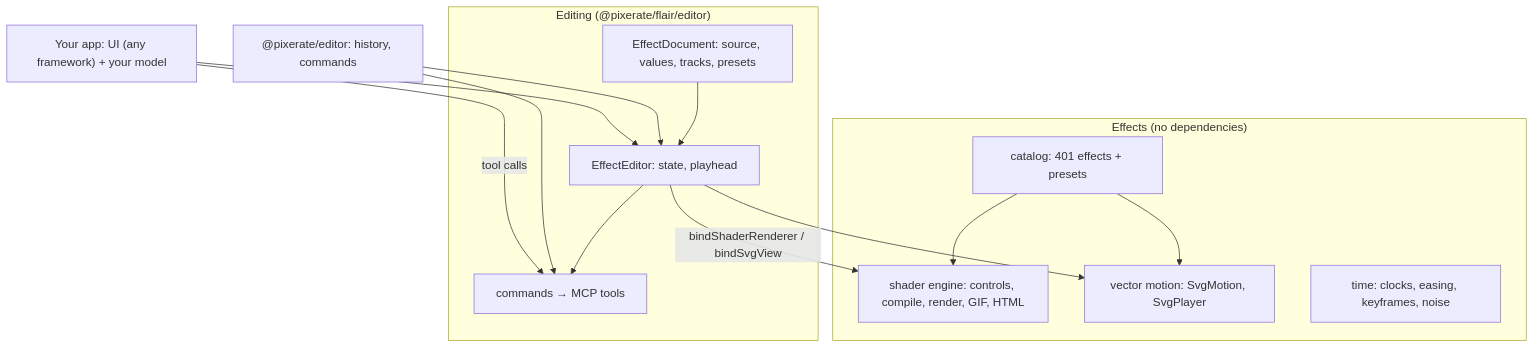
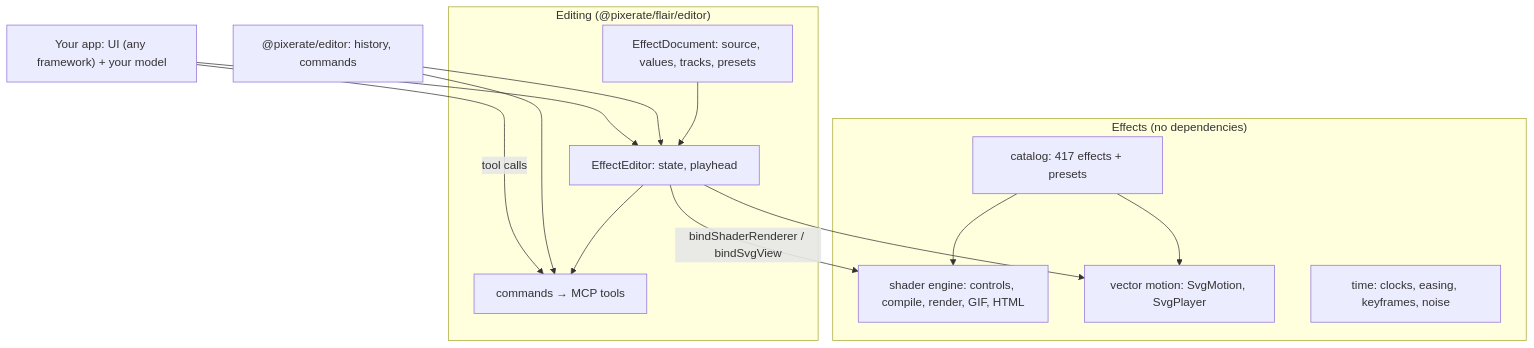
Before and after one commit to Pixerate/flair: the diagram in README.md, drawn with Mermaid. The commit also changed other lines of this file and 11 other files, not shown here.

First line of the commit message:
feat(catalog): add glass and mirror effects (#53)

````diff
--- a/README.md
+++ b/README.md
@@ -64,27 +64,27 @@
 ```mermaid
 graph TD
   subgraph Effects["Effects (no dependencies)"]
-    Catalog["catalog: 401 effects + presets"]
+    Catalog["catalog: 417 effects + presets"]
     Shader["shader engine: controls, compile, render, GIF, HTML"]
     Vector["vector motion: SvgMotion, SvgPlayer"]
     Time["time: clocks, easing, keyframes, noise"]
   end
   subgraph Editing["Editing (@pixerate/flair/editor)"]
     Doc["EffectDocument: source, values, tracks, presets"]
     Editor["EffectEditor: state, playhead"]
     Cmds["commands → MCP tools"]
   end
   PE["@pixerate/editor: history, commands"]
   Host["Your app: UI (any framework) + your model"]
 
   Catalog --> Shader
   Catalog --> Vector
   Doc --> Editor
   Editor --> Cmds
   PE --> Editor
   PE --> Cmds
   Editor -- bindShaderRenderer / bindSvgView --> Shader
   Editor --> Vector
   Host --> Editor
   Host -- tool calls --> Cmds
 ```
````
